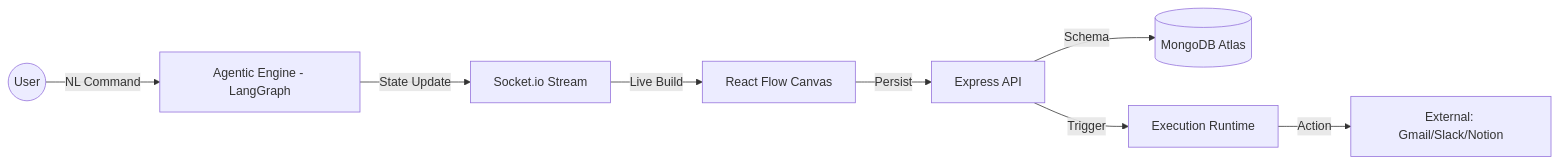
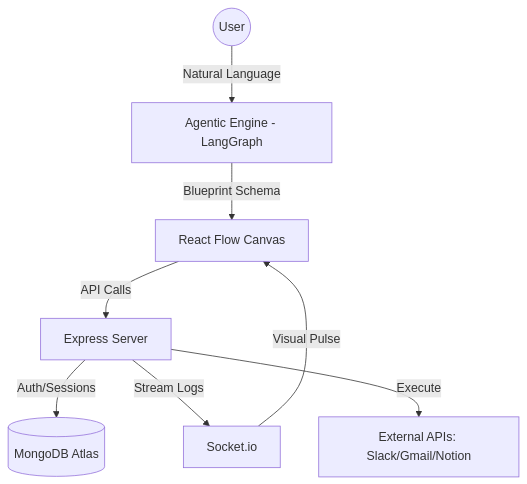
Before and after one commit to nilo-yinc/ORvexia-1.0.0: the diagram in README.md, drawn with Mermaid. The commit also changed other lines of this file, not shown here.

````diff
--- a/README.md
+++ b/README.md
@@ -84,10 +79,10 @@
 ```mermaid
-graph LR
-    User((User)) -->|NL Command| Agent[Agentic Engine - LangGraph]
-    Agent -->|State Update| Socket[Socket.io Stream]
-    Socket -->|Live Build| UI[React Flow Canvas]
-    UI -->|Persist| API[Express API]
-    API -->|Schema| DB[(MongoDB Atlas)]
-    API -->|Trigger| Exec[Execution Runtime]
-    Exec -->|Action| Apps[External: Gmail/Slack/Notion]
+graph TD
+    User((User)) -->|Natural Language| Agent[Agentic Engine - LangGraph]
+    Agent -->|Blueprint Schema| UI[React Flow Canvas]
+    UI -->|API Calls| Express[Express Server]
+    Express -->|Auth/Sessions| MongoDB[(MongoDB Atlas)]
+    Express -->|Stream Logs| Socket[Socket.io]
+    Socket -->|Visual Pulse| UI
+    Express -->|Execute| Actions[External APIs: Slack/Gmail/Notion]
 ```
````
